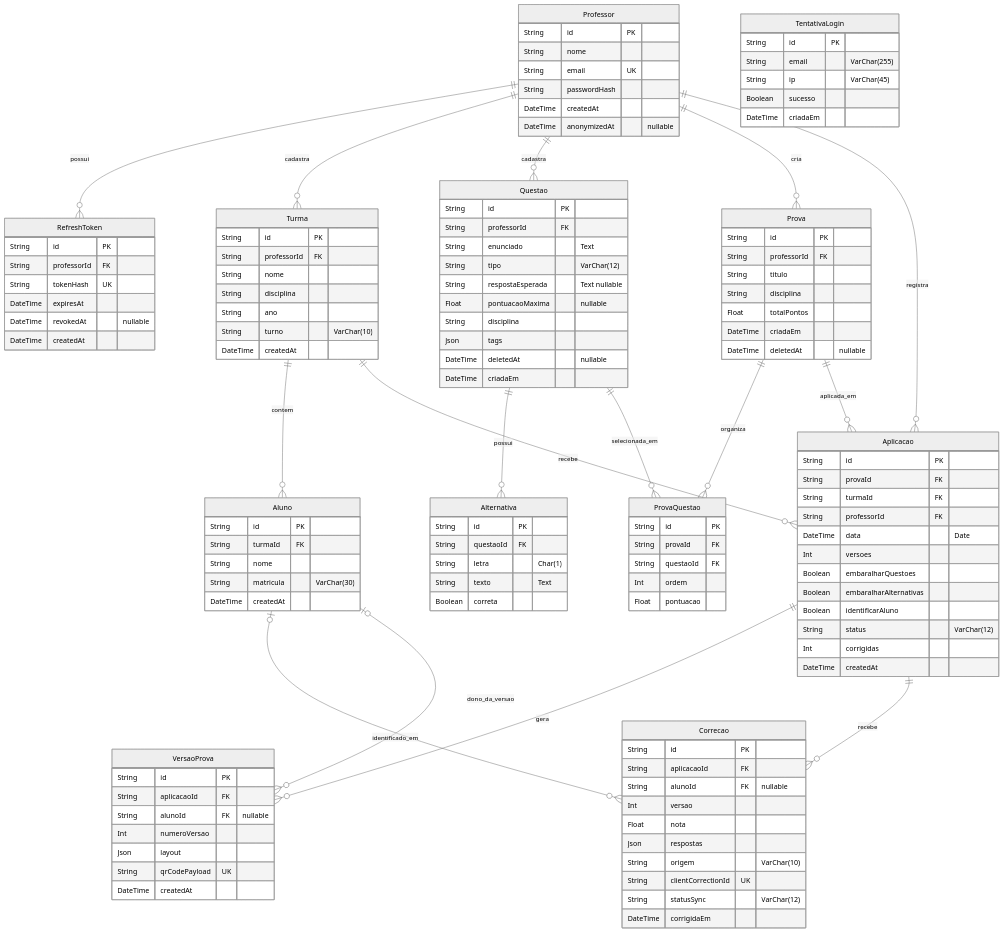
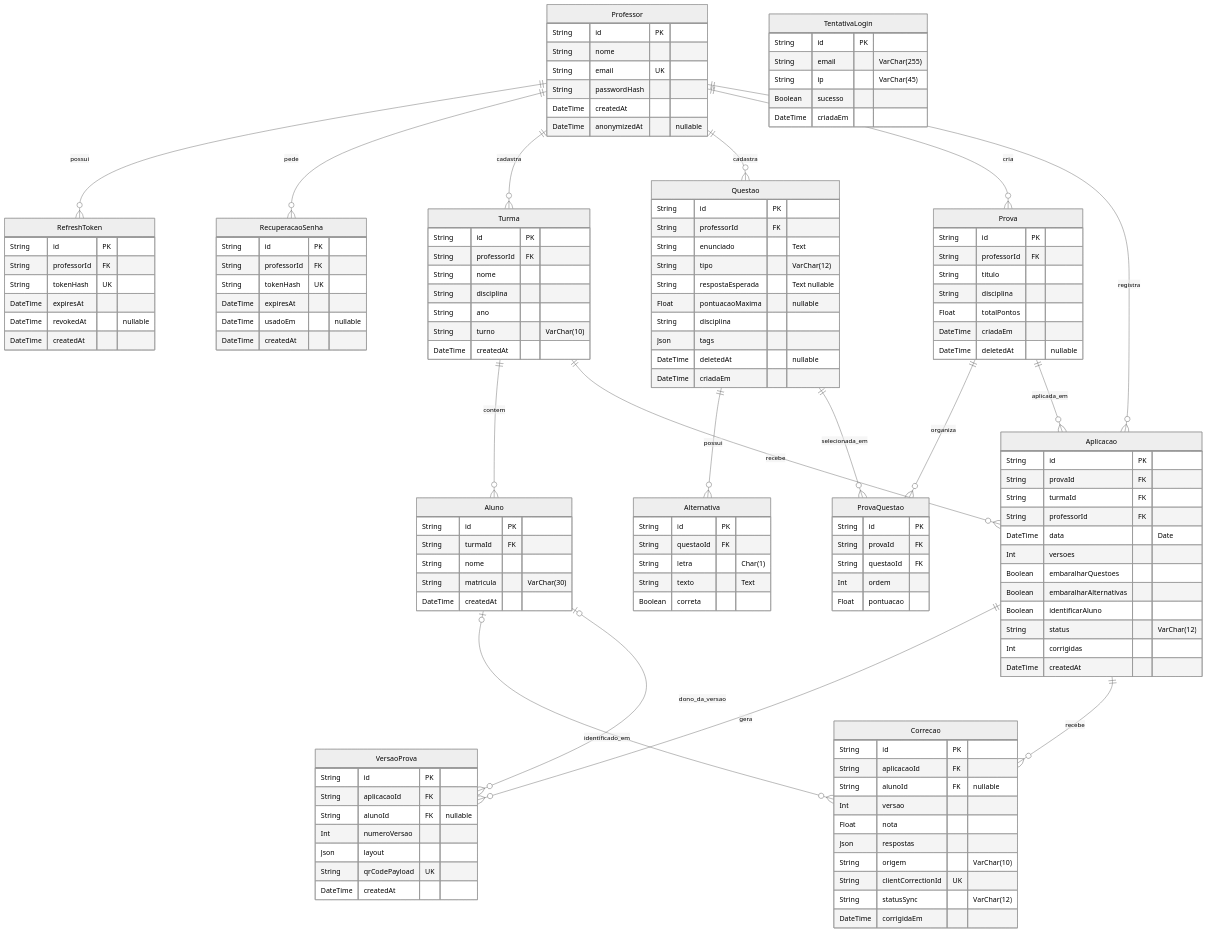
One commit to thiagomaes/sgp-provas changed the diagram in docs/modelo-dados/mer-der.md. Above: the diagram before and after it, drawn with Mermaid (neutral theme). The commit also changed other lines of this file and 3 other files, not shown here.

```diff
--- a/docs/modelo-dados/mer-der.md
+++ b/docs/modelo-dados/mer-der.md
@@ -18,6 +18,14 @@
         String tokenHash UK
         DateTime expiresAt
         DateTime revokedAt "nullable"
+        DateTime createdAt
+    }
+    RecuperacaoSenha {
+        String id PK
+        String professorId FK
+        String tokenHash UK
+        DateTime expiresAt
+        DateTime usadoEm "nullable"
         DateTime createdAt
     }
     TentativaLogin {
@@ -115,6 +123,7 @@
     }
 
     Professor ||--o{ RefreshToken : possui
+    Professor ||--o{ RecuperacaoSenha : pede
     Professor ||--o{ Turma : cadastra
     Professor ||--o{ Questao : cadastra
     Professor ||--o{ Prova : cria
```
